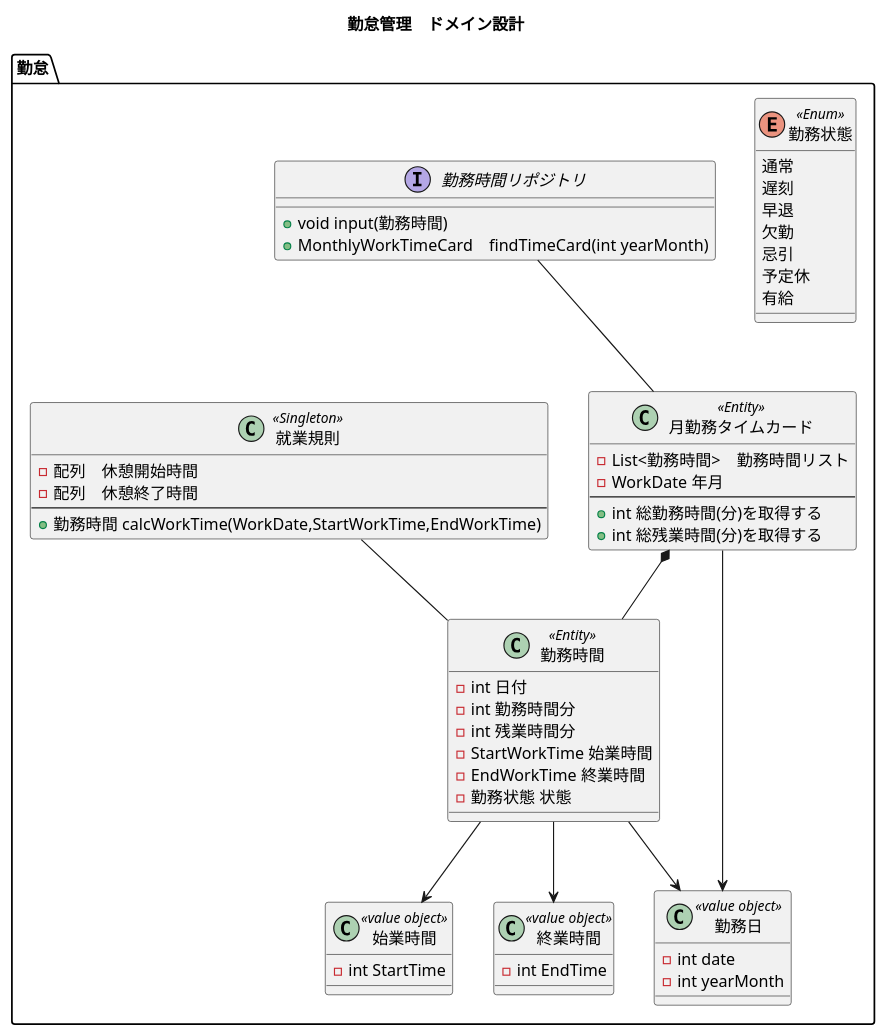
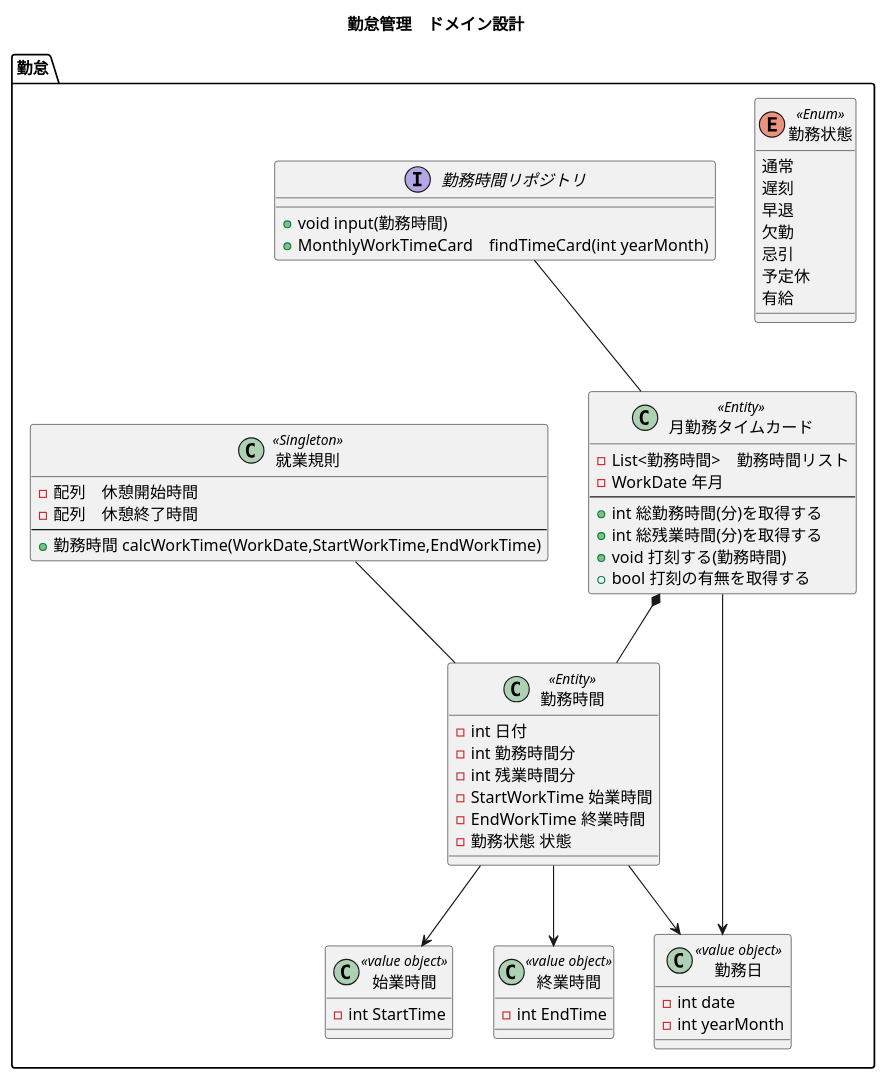
One commit to biglobe-isp/kintai changed the diagram in etc/document/domain/kintai-model.puml. Above: the diagram before and after it, drawn with PlantUML.

Commit message:
モデリング図の追記

```diff
--- a/etc/document/domain/kintai-model.puml
+++ b/etc/document/domain/kintai-model.puml
@@ -1,71 +1,73 @@
 @startuml
 
 title 勤怠管理　ドメイン設計
 
 
 package 勤怠{
 
     enum WorkState as "勤務状態" << Enum >>{
      通常
      遅刻
      早退
      欠勤
      忌引
      予定休
      有給
     }
 
     class WorkTime as "勤務時間"  << Entity >> {
      - int 日付
      – int 勤務時間分
      - int 残業時間分
      - StartWorkTime 始業時間
      - EndWorkTime 終業時間
      - 勤務状態 状態
     }
 
     class MonthlyWorkTimeCard as "月勤務タイムカード" << Entity >>{
      - List<勤務時間>　勤務時間リスト
      - WorkDate 年月
      --
      + int 総勤務時間(分)を取得する
      + int 総残業時間(分)を取得する
+     + void 打刻する(勤務時間)
+     + bool 打刻の有無を取得する
     }
 
     MonthlyWorkTimeCard *-- WorkTime
 
 
     interface WorkTimeRepository as "勤務時間リポジトリ"{
       + void input(勤務時間)
       + MonthlyWorkTimeCard　findTimeCard(int yearMonth)
     }
 
     WorkTimeRepository -- MonthlyWorkTimeCard
 
     class StartWorkTime as "始業時間" << value object >>{
      - int StartTime
     }
     WorkTime --> StartWorkTime
 
     class EndWorkTime as "終業時間" << value object >>{
      - int EndTime
     }
     WorkTime --> EndWorkTime
 
     class WorkDate as "勤務日" << value object >>{
      - int date
      - int yearMonth
     }
     WorkTime --> WorkDate
     MonthlyWorkTimeCard --> WorkDate
 
     class WorkingRule as "就業規則" << Singleton >>{
      - 配列　休憩開始時間
      - 配列　休憩終了時間
     --
      + 勤務時間 calcWorkTime(WorkDate,StartWorkTime,EndWorkTime)
     }
     WorkingRule -- WorkTime
 
 }
 @enduml
```
